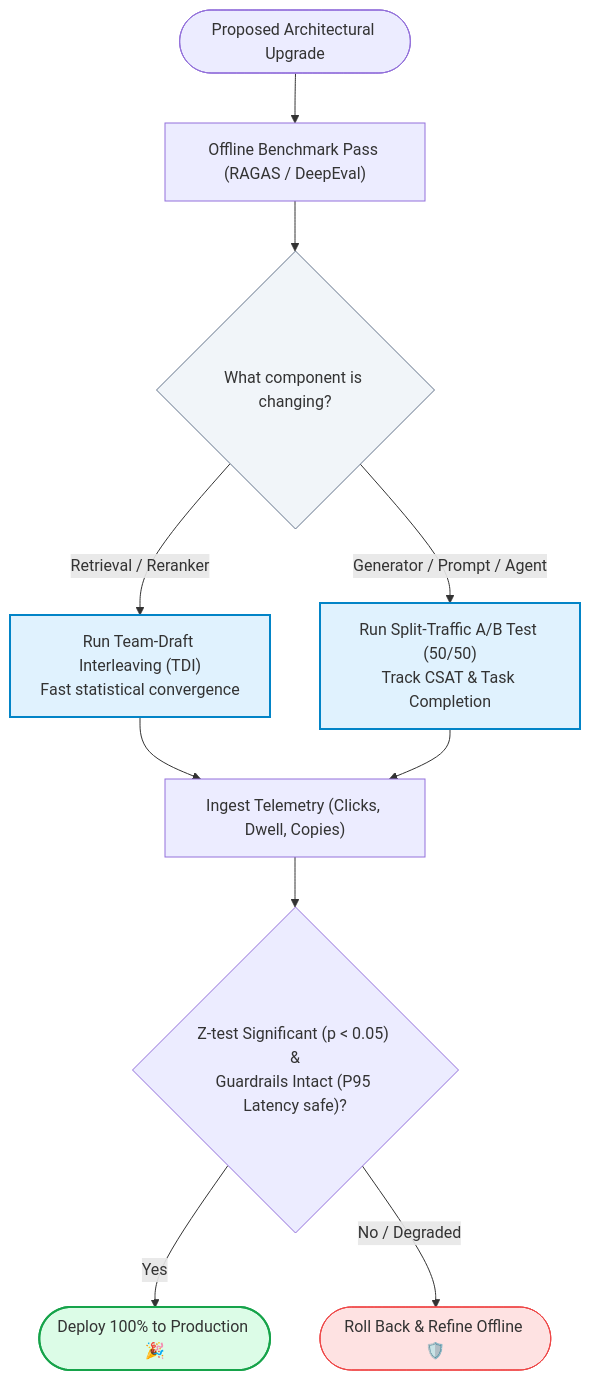
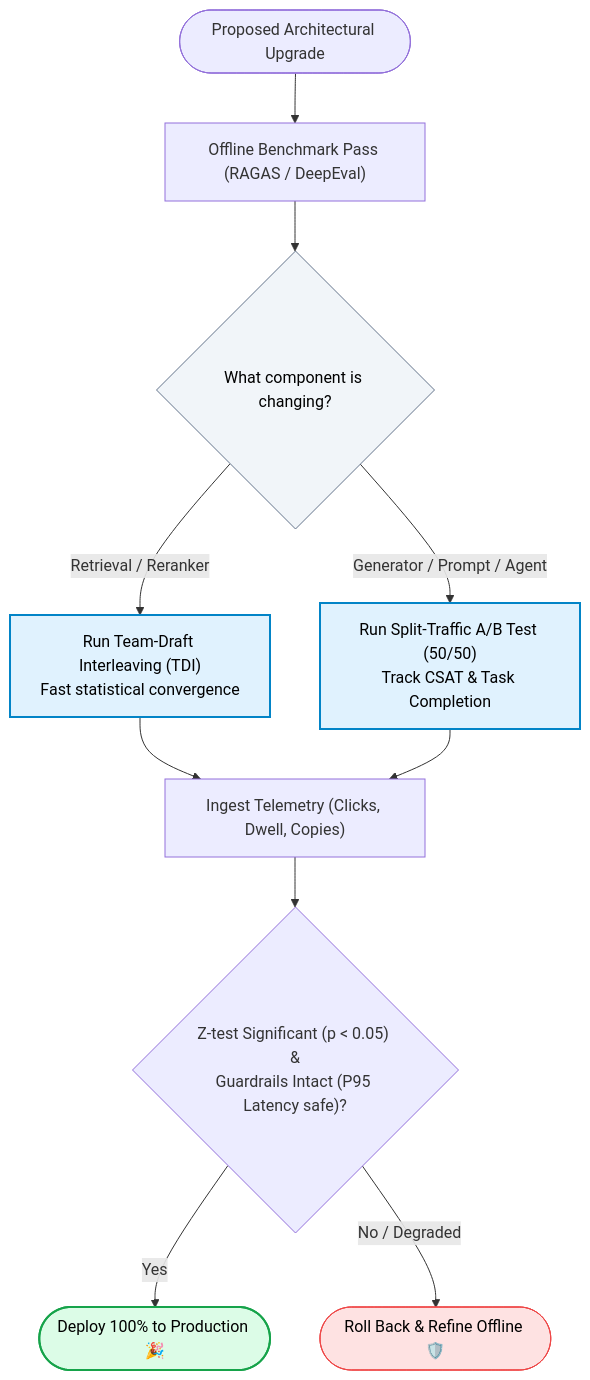
The fourth of 4 diagrams in 08-RAG-Evaluation-and-Optimization/A-B-Testing.md (swapnil3104/RAG-Engineering), drawn with Mermaid before and after one commit. The commit also changed other lines of this file and 108 other files, not shown here.

Commit message:
fix: make chart text visible across all Mermaid diagrams and resolve markdown table formatting issues

````diff
--- a/08-RAG-Evaluation-and-Optimization/A-B-Testing.md
+++ b/08-RAG-Evaluation-and-Optimization/A-B-Testing.md
@@ -514,21 +514,21 @@
 ```mermaid
 flowchart TD
     Idea([Proposed Architectural Upgrade]) --> Offline["Offline Benchmark Pass (RAGAS / DeepEval)"]
     Offline --> TargetCheck{"What component is changing?"}
     
     TargetCheck -->|"Retrieval / Reranker"| Interleave["Run Team-Draft Interleaving (TDI)<br/>Fast statistical convergence"]
     TargetCheck -->|"Generator / Prompt / Agent"| SplitAB["Run Split-Traffic A/B Test (50/50)<br/>Track CSAT & Task Completion"]
 
     Interleave --> Telemetry["Ingest Telemetry (Clicks, Dwell, Copies)"]
     SplitAB --> Telemetry
     
     Telemetry --> EvalGate{"Z-test Significant (p < 0.05) &<br/>Guardrails Intact (P95 Latency safe)?"}
     EvalGate -->|"Yes"| FullRollout([Deploy 100% to Production 🎉])
     EvalGate -->|"No / Degraded"| Rollback([Roll Back & Refine Offline 🛡️])
 
-    style TargetCheck fill:#f1f5f9,stroke:#64748b
-    style Interleave fill:#e0f2fe,stroke:#0284c7,stroke-width:2px
-    style SplitAB fill:#e0f2fe,stroke:#0284c7,stroke-width:2px
-    style FullRollout fill:#dcfce7,stroke:#16a34a,stroke-width:2px
-    style Rollback fill:#fee2e2,stroke:#ef4444
+    style TargetCheck fill:#f1f5f9,stroke:#64748b,color:#000000
+    style Interleave fill:#e0f2fe,stroke:#0284c7,stroke-width:2px,color:#000000
+    style SplitAB fill:#e0f2fe,stroke:#0284c7,stroke-width:2px,color:#000000
+    style FullRollout fill:#dcfce7,stroke:#16a34a,stroke-width:2px,color:#000000
+    style Rollback fill:#fee2e2,stroke:#ef4444,color:#000000
 ```
````
